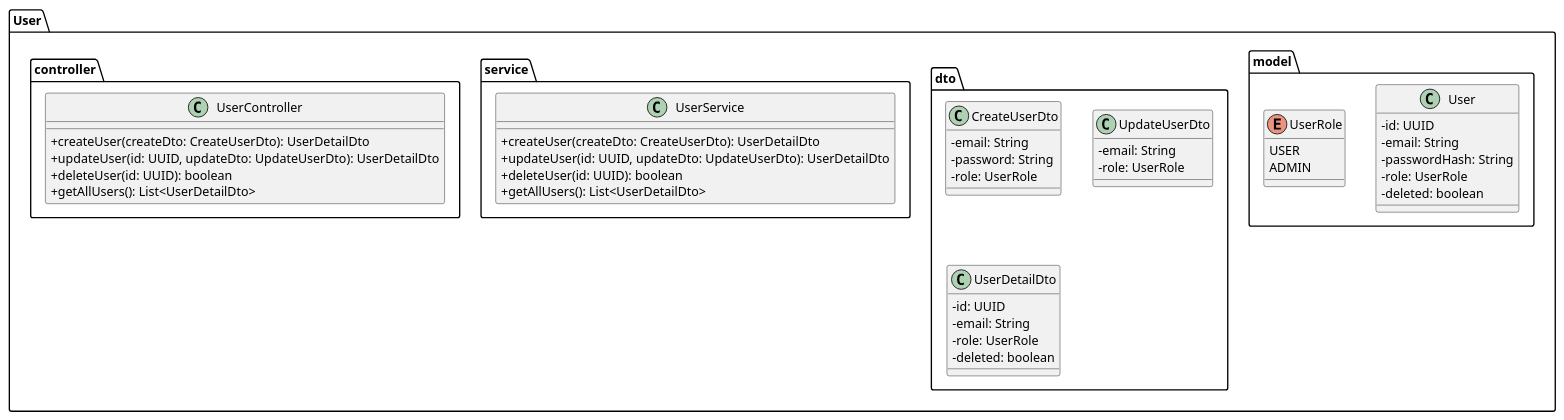
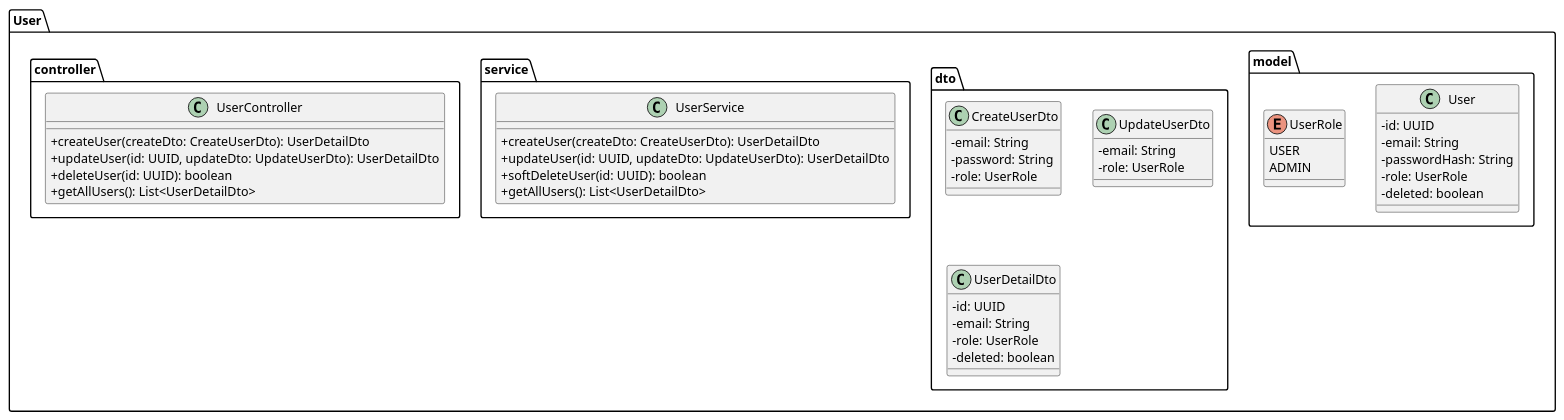
The diagram in docs/diagram/class-user.puml (tondracek/inqool-tennis), drawn with PlantUML before and after one commit. The commit also changed 4 other files, not shown here.

Commit message:
feat(UML): update delete methods to use soft delete in service

```diff
--- a/docs/diagram/class-user.puml
+++ b/docs/diagram/class-user.puml
@@ -1,60 +1,60 @@
 @startuml
 
 skinparam classAttributeIconSize 0
 
 package "User" {
 	package "model" {
 	  class User {
 	    - id: UUID
 	    - email: String
 	    - passwordHash: String
 	    - role: UserRole
 	    - deleted: boolean
 	  }
 
 	  enum UserRole {
 	    USER
 	    ADMIN
 	  }
 	}
 
 	package "dto" {
 		class CreateUserDto {
 	    - email: String
 	    - password: String
 	    - role: UserRole
 	  }
 
 	  class UpdateUserDto {
 	    - email: String
 	    - role: UserRole
 	  }
 
 	  class UserDetailDto {
 	    - id: UUID
 	    - email: String
 	    - role: UserRole
 	    - deleted: boolean
 	  }
 	}
 
 	package "service" {
 		class UserService {
 			+ createUser(createDto: CreateUserDto): UserDetailDto
 			+ updateUser(id: UUID, updateDto: UpdateUserDto): UserDetailDto
-			+ deleteUser(id: UUID): boolean
+			+ softDeleteUser(id: UUID): boolean
 			+ getAllUsers(): List<UserDetailDto>
 		}
 	}
 
 	package "controller" {
 		class UserController {
 			+ createUser(createDto: CreateUserDto): UserDetailDto
 			+ updateUser(id: UUID, updateDto: UpdateUserDto): UserDetailDto
 			+ deleteUser(id: UUID): boolean
 			+ getAllUsers(): List<UserDetailDto>
 		}
 	}
 }
 
 @enduml
```
